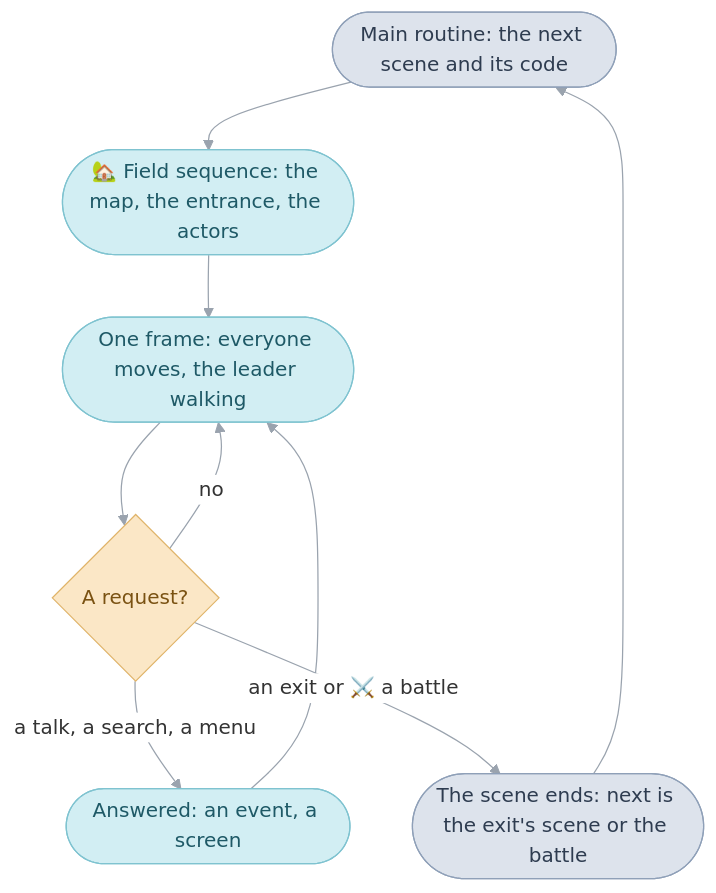
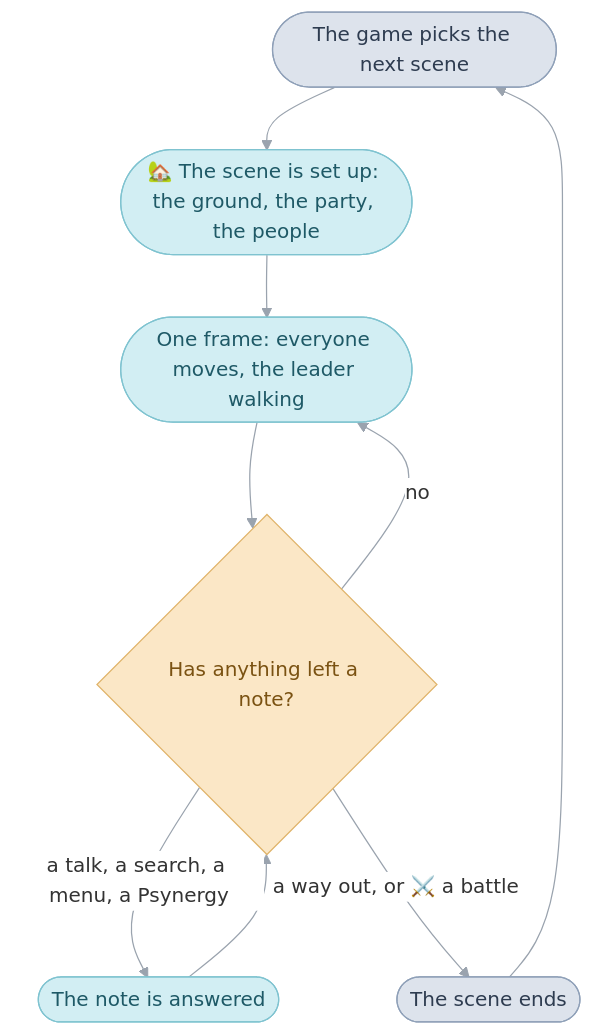
The diagram in games/tbs/field.md (PascalPixel/alchemy), drawn with Mermaid before and after one commit. The commit also changed other lines of this file and 20 other files, not shown here.

````diff
--- a/games/tbs/field.md
+++ b/games/tbs/field.md
@@ -21,18 +85,18 @@
 ```mermaid
 %%{init: {"theme": "base", "themeVariables": {"lineColor": "#9AA3AE", "edgeLabelBackground": "#FFFFFF"}, "flowchart": {"curve": "basis", "padding": 12}}}%%
 flowchart TD
-  main(["Main routine: the next scene and its code"]) --> setup(["🏡 Field sequence: the map, the entrance, the actors"])
+  main(["The game picks the next scene"]) --> setup(["🏡 The scene is set up: the ground, the party, the people"])
   setup --> walk(["One frame: everyone moves, the leader walking"])
-  walk --> requests{"A request?"}
+  walk --> requests{"Has anything left a note?"}
   requests -- no --> walk
-  requests -- "a talk, a search, a menu" --> answer(["Answered: an event, a screen"])
-  answer --> walk
-  requests -- "an exit or ⚔️ a battle" --> leave(["The scene ends: next is the exit's scene or the battle"])
+  requests -- "a talk, a search, a menu, a Psynergy" --> answer(["The note is answered"])
+  answer --> requests
+  requests -- "a way out, or ⚔️ a battle" --> leave(["The scene ends"])
   leave --> main
   classDef mainRoutine fill:#DDE3EC,stroke:#8FA0B8,color:#2E3C50
   classDef sequence fill:#D2EEF3,stroke:#7FC3D0,color:#1E5966
   classDef request fill:#FBE7C6,stroke:#E0B46A,color:#7A5212
   class main,leave mainRoutine
   class setup,walk,answer sequence
   class requests request
 ```
````
